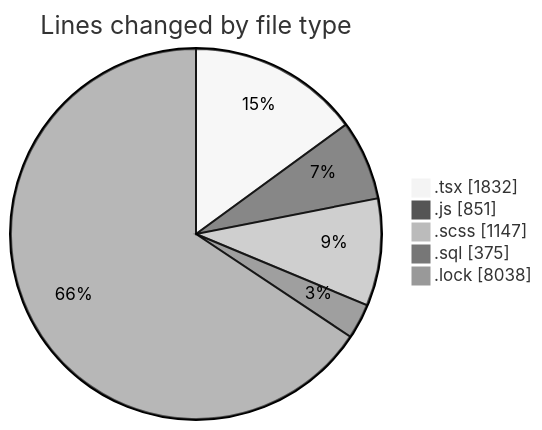
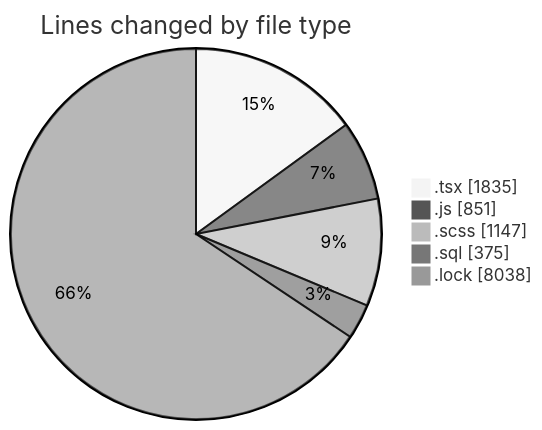
Before and after one commit to momahboobian/code-tracking: the first of 2 diagrams in 2025-03-18/cda/README.md, drawn with Mermaid (neutral theme). The commit also changed other lines of this file and 1 other file, not shown here.

````diff
--- a/2025-03-18/cda/README.md
+++ b/2025-03-18/cda/README.md
@@ -34,9 +34,9 @@
 ```mermaid
 pie showData
 title Lines changed by file type
-".tsx" : 1832
+".tsx" : 1835
 ".js" : 851
 ".scss" : 1147
 ".sql" : 375
 ".lock" : 8038
 ```
````
